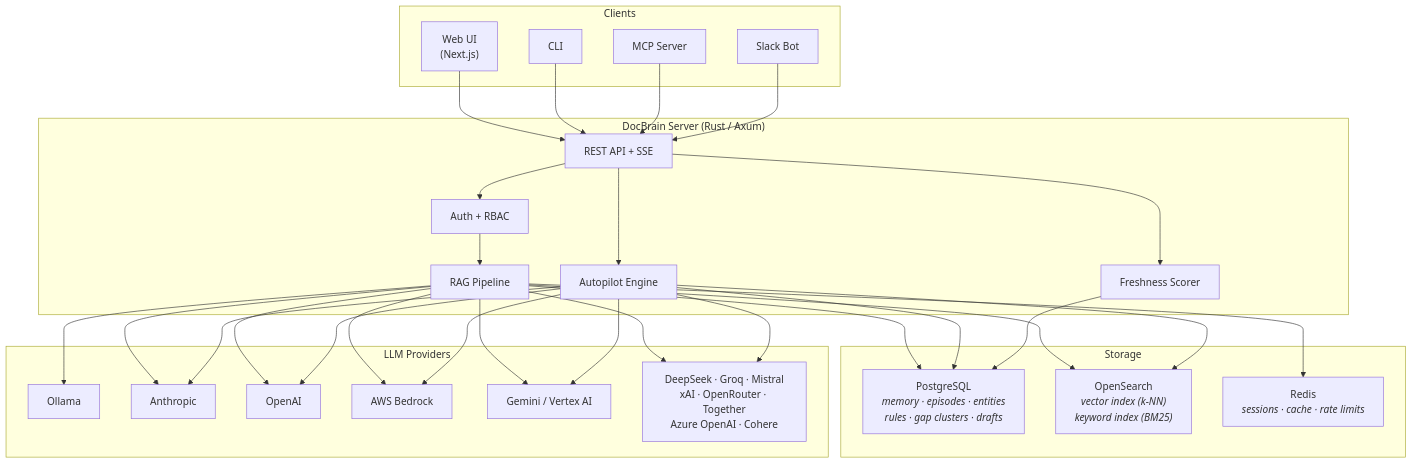
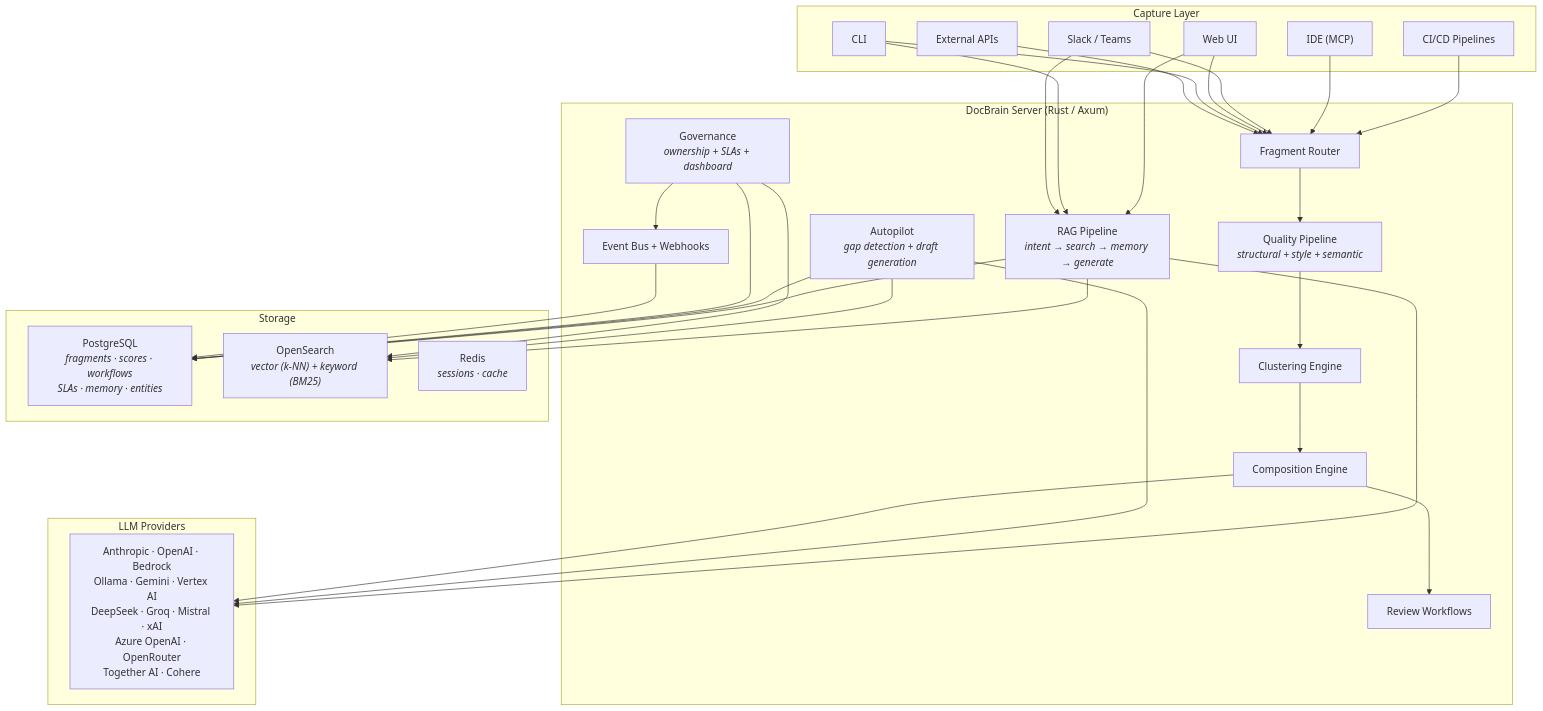
Before and after one commit to docbrain-ai/docbrain: the diagram in README.md, drawn with Mermaid. The commit also changed other lines of this file, not shown here.

````diff
--- a/README.md
+++ b/README.md
@@ -210,42 +203,41 @@
 ```mermaid
 graph TB
-    subgraph "Clients"
-        WEB["Web UI<br/>(Next.js)"]
+    subgraph "Capture Layer"
+        CI["CI/CD Pipelines"]
+        IDE["IDE (MCP)"]
+        SLACK["Slack / Teams"]
+        WEB["Web UI"]
         CLI["CLI"]
-        MCP["MCP Server"]
-        SLACK["Slack Bot"]
+        API_EXT["External APIs"]
     end
 
     subgraph "DocBrain Server (Rust / Axum)"
-        API["REST API + SSE"]
-        AUTH["Auth + RBAC"]
-        RAG["RAG Pipeline"]
-        AUTO["Autopilot Engine"]
-        FRESH["Freshness Scorer"]
+        FRAG["Fragment Router"]
+        QUAL["Quality Pipeline<br/><i>structural + style + semantic</i>"]
+        CLUST["Clustering Engine"]
+        COMP["Composition Engine"]
+        REV["Review Workflows"]
+        RAG["RAG Pipeline<br/><i>intent → search → memory → generate</i>"]
+        AUTO["Autopilot<br/><i>gap detection + draft generation</i>"]
+        GOV["Governance<br/><i>ownership + SLAs + dashboard</i>"]
+        EVT["Event Bus + Webhooks"]
     end
 
     subgraph "Storage"
-        PG["PostgreSQL<br/><i>memory · episodes · entities<br/>rules · gap clusters · drafts</i>"]
-        OS["OpenSearch<br/><i>vector index (k-NN)<br/>keyword index (BM25)</i>"]
-        RD["Redis<br/><i>sessions · cache · rate limits</i>"]
+        PG["PostgreSQL<br/><i>fragments · scores · workflows<br/>SLAs · memory · entities</i>"]
+        OS["OpenSearch<br/><i>vector (k-NN) + keyword (BM25)</i>"]
+        RD["Redis<br/><i>sessions · cache</i>"]
     end
 
     subgraph "LLM Providers"
-        OL["Ollama"]
-        AN["Anthropic"]
-        OA["OpenAI"]
-        BR["AWS Bedrock"]
-        GM["Gemini / Vertex AI"]
-        DS["DeepSeek · Groq · Mistral<br/>xAI · OpenRouter · Together<br/>Azure OpenAI · Cohere"]
+        PROVIDERS["Anthropic · OpenAI · Bedrock<br/>Ollama · Gemini · Vertex AI<br/>DeepSeek · Groq · Mistral · xAI<br/>Azure OpenAI · OpenRouter<br/>Together AI · Cohere"]
     end
 
-    WEB & CLI & MCP & SLACK --> API
-    API --> AUTH --> RAG
-    API --> AUTO
-    API --> FRESH
-    RAG --> PG & OS & RD
-    RAG --> OL & AN & OA & BR & GM & DS
-    AUTO --> PG & OS
-    AUTO --> AN & OA & BR & GM & DS
-    FRESH --> PG
+    CI & IDE & SLACK & WEB & CLI & API_EXT --> FRAG
+    FRAG --> QUAL --> CLUST --> COMP --> REV
+    WEB & CLI & SLACK --> RAG
+    RAG & AUTO & GOV --> PG & OS
+    RAG & AUTO & COMP --> PROVIDERS
+    EVT --> PG
+    GOV --> EVT
 ```
````
